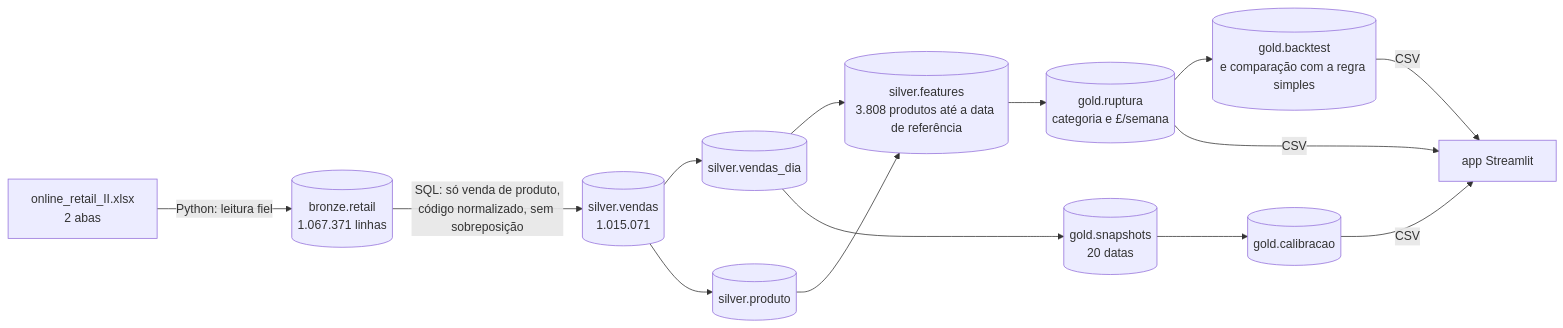
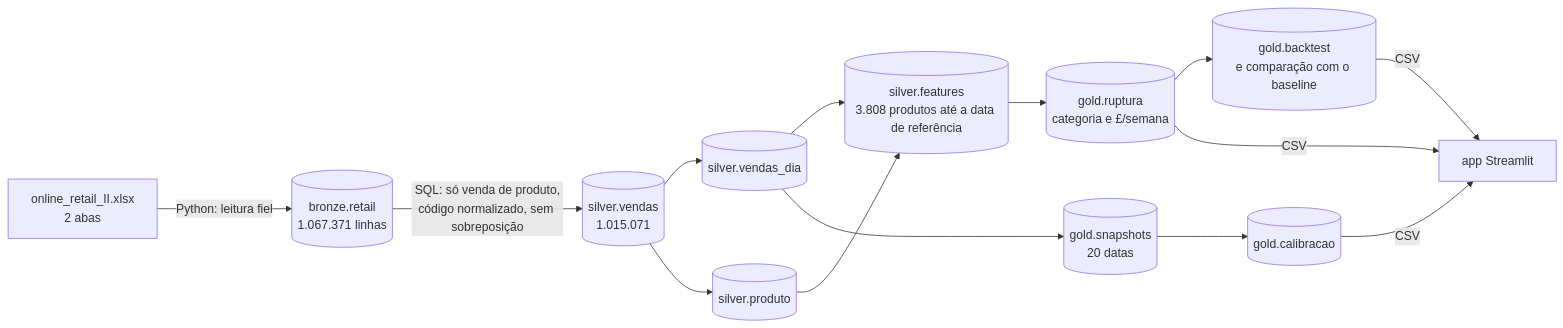
One commit to RodrigoRochaaa/ruptura-estoque changed the diagram in README.md. Above: the diagram before and after it, drawn with Mermaid. The commit also changed other lines of this file and 3 other files, not shown here.

````diff
--- a/README.md
+++ b/README.md
@@ -72,14 +78,14 @@
 ```mermaid
 flowchart LR
   X["online_retail_II.xlsx<br/>2 abas"] -->|"Python: leitura fiel"| B[("bronze.retail<br/>1.067.371 linhas")]
   B -->|"SQL: só venda de produto,<br/>código normalizado, sem sobreposição"| S[("silver.vendas<br/>1.015.071")]
   S --> D[("silver.vendas_dia")]
   S --> P[("silver.produto")]
   D --> F[("silver.features<br/>3.808 produtos até a data de referência")]
   P --> F
   F --> G[("gold.ruptura<br/>categoria e £/semana")]
   D --> N[("gold.snapshots<br/>20 datas")]
   N --> C[("gold.calibracao")]
-  G --> V[("gold.backtest<br/>e comparação com a regra simples")]
+  G --> V[("gold.backtest<br/>e comparação com o baseline")]
   G & C & V -->|"CSV"| APP["app Streamlit"]
 ```
````
